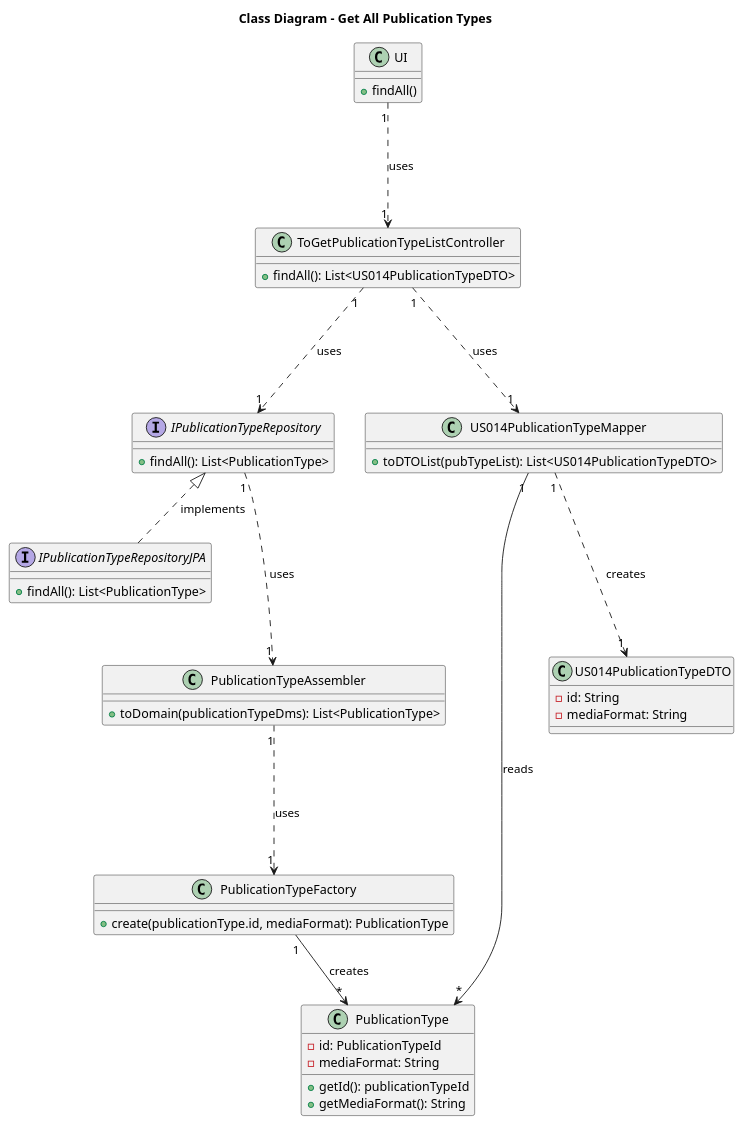
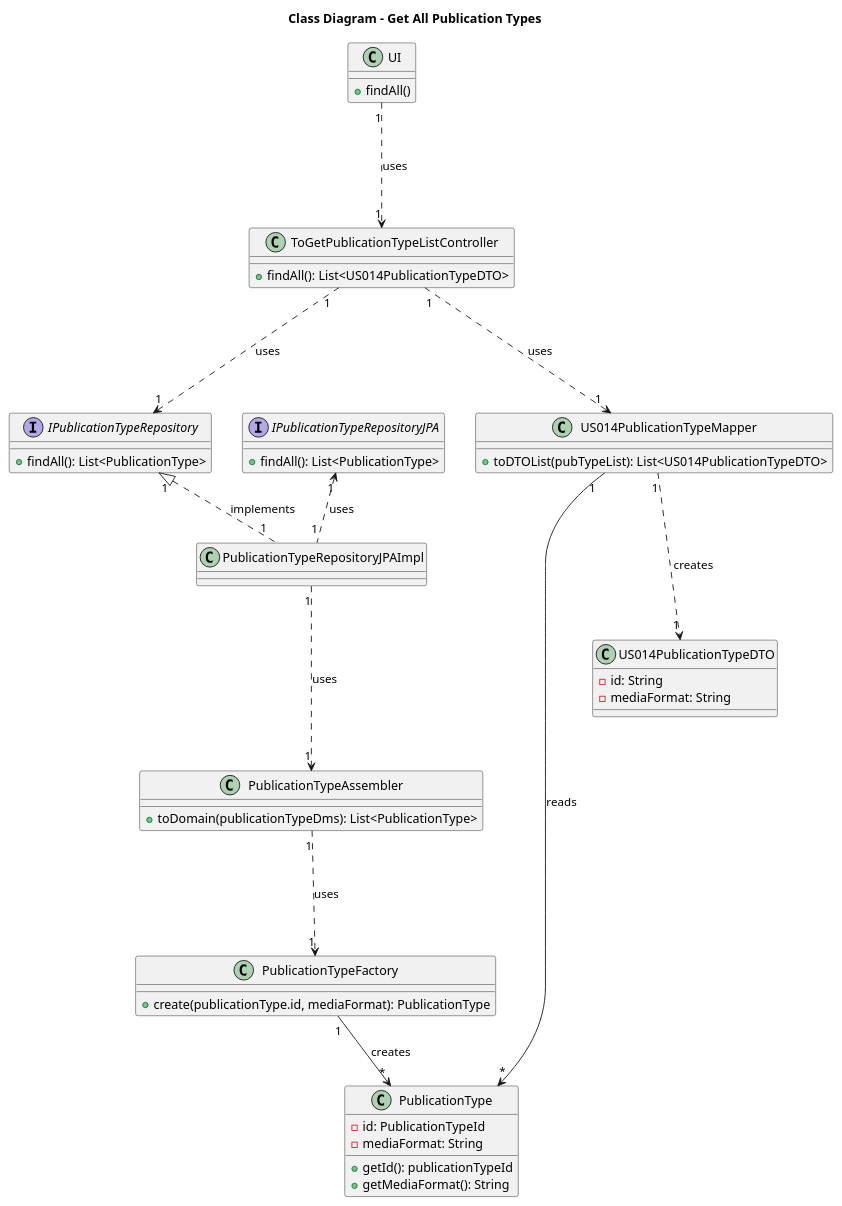
The diagram in Diagrams/ClassDiagrams/To-get-publitaction-type-list.puml (AndrePereiraGitH/SWitCH-Project-Team_A), drawn with PlantUML before and after one commit. The commit also changed 1 other file, not shown here.

Commit message:
Fix #652 and #726 - added (Aggregate)RepositoryJPAImpl to class diagram

```diff
--- a/Diagrams/ClassDiagrams/To-get-publitaction-type-list.puml
+++ b/Diagrams/ClassDiagrams/To-get-publitaction-type-list.puml
@@ -1,65 +1,70 @@
 @startuml
 title Class Diagram - Get All Publication Types
 
 ' ====== UI & Controller ======
 class UI {
   +findAll()
 }
 
 class ToGetPublicationTypeListController {
   +findAll(): List<US014PublicationTypeDTO>
 }
 
 UI "1" -.-> "1" ToGetPublicationTypeListController : uses
 
 ' ====== Repository Layer ======
 interface IPublicationTypeRepository {
   +findAll(): List<PublicationType>
 }
 
+class PublicationTypeRepositoryJPAImpl {
+}
+
 interface IPublicationTypeRepositoryJPA {
   +findAll(): List<PublicationType>
 }
 
-IPublicationTypeRepository <|.. IPublicationTypeRepositoryJPA : implements
+' IPublicationTypeRepository "1" ..> "1" IPublicationTypeRepositoryJPA : uses
+IPublicationTypeRepository "1" <|.. "1" PublicationTypeRepositoryJPAImpl : implements
+IPublicationTypeRepositoryJPA "1" <.. "1" PublicationTypeRepositoryJPAImpl : uses
 
 ToGetPublicationTypeListController "1" -.-> "1" IPublicationTypeRepository : uses
 
 
 ' ====== Domain ======
 class PublicationType {
   -id: PublicationTypeId
   -mediaFormat: String
   +getId(): publicationTypeId
   +getMediaFormat(): String
 }
 
 ' ====== Assembler & Factory ======
 class PublicationTypeAssembler {
   +toDomain(publicationTypeDms): List<PublicationType>
 }
 
 class PublicationTypeFactory {
   +create(publicationType.id, mediaFormat): PublicationType
 }
 
 PublicationTypeAssembler "1" -.-> "1" PublicationTypeFactory : uses
 PublicationTypeFactory "1" --> "*" PublicationType : creates
 
-IPublicationTypeRepository "1" -.-> "1" PublicationTypeAssembler : uses
+PublicationTypeRepositoryJPAImpl "1" -.-> "1" PublicationTypeAssembler : uses
 
 ' ====== DTO & Mapper ======
 class US014PublicationTypeDTO {
   -id: String
   -mediaFormat: String
 }
 
 class US014PublicationTypeMapper {
   +toDTOList(pubTypeList): List<US014PublicationTypeDTO>
 }
 
 ToGetPublicationTypeListController "1" -.-> "1" US014PublicationTypeMapper : uses
 US014PublicationTypeMapper "1" --> "*" PublicationType : reads
 US014PublicationTypeMapper "1" -.-> "1" US014PublicationTypeDTO : creates
 
 @enduml
```
